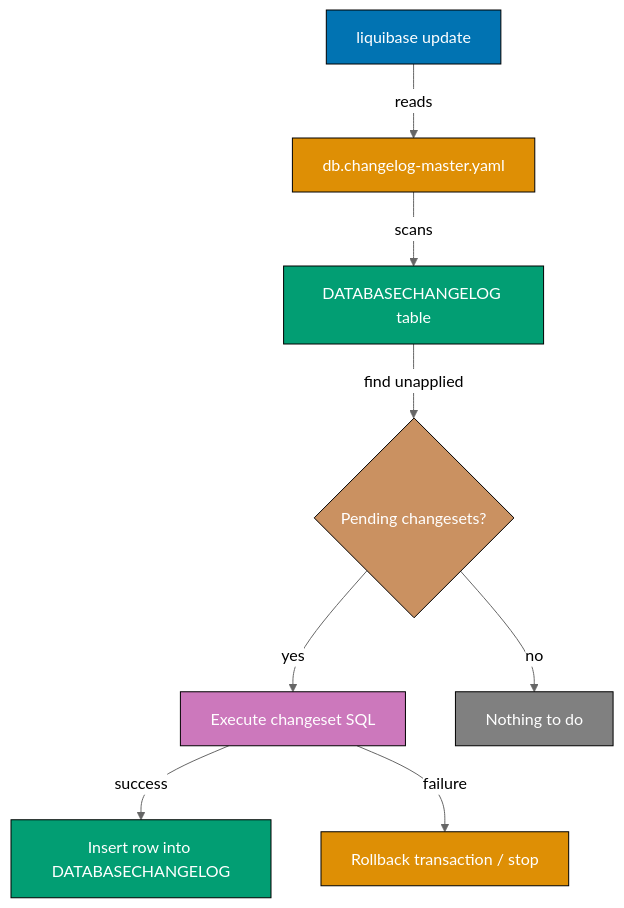
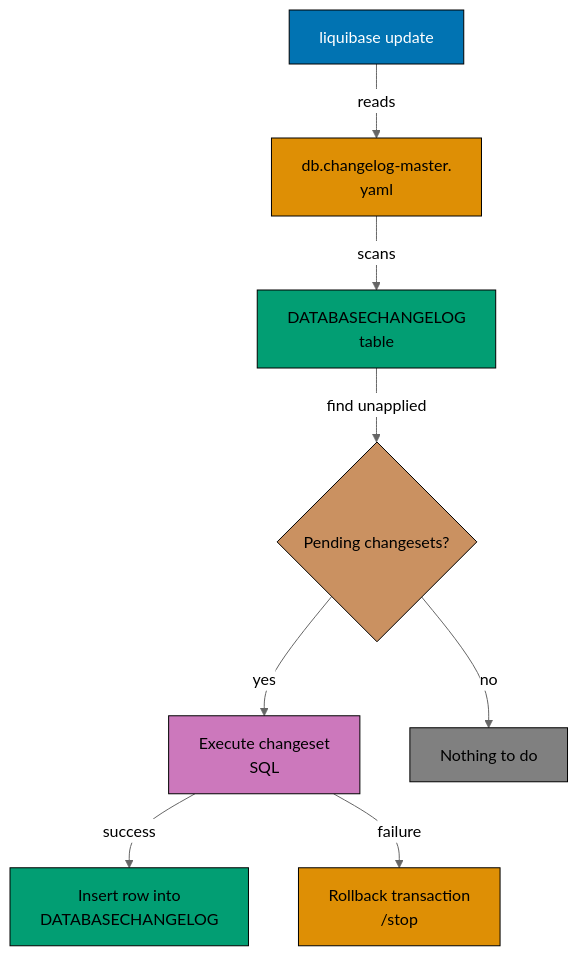
Before and after one commit to wahidyankf/ose-public: the second of 2 diagrams in apps/ayokoding-www/content/en/learn/legacy/software-engineering/data/tools/java-liquibase/by-example/beginner.md, drawn with Mermaid (neutral theme). The commit also changed other lines of this file and 131 other files, not shown here.

First line of the commit message:
fix(mermaid): bring the legacy data, infrastructure, and testing diagrams onto the accessible palette

````diff
--- a/apps/ayokoding-www/content/en/learn/legacy/software-engineering/data/tools/java-liquibase/by-example/beginner.md
+++ b/apps/ayokoding-www/content/en/learn/legacy/software-engineering/data/tools/java-liquibase/by-example/beginner.md
@@ -389,20 +395,29 @@
 ```mermaid
 %% Color Palette: Blue #0173B2, Orange #DE8F05, Teal #029E73, Purple #CC78BC, Brown #CA9161
 graph TD
-    A[liquibase update] -->|reads| B[db.changelog-master.yaml]
-    B -->|scans| C[DATABASECHANGELOG table]
+    accTitle: Example 9: Running Liquibase Update
+    accDescr: Graph with 8 nodes and 7 connections. Nodes: liquibase update, db.changelog-master. yaml, DATABASECHANGELOG table, Pending changesets?, Execute changeset SQL, Nothing to do, Insert row into DATABASECHANGELOG, Rollback transaction /stop. Connections: liquibase update to db.changelog-master. yaml (reads), db.changelog-master. yaml to DATABASECHANGELOG table (scans), DATABASECHANGELOG table to Pending changesets? (find unapplied), Pending changesets? to Execute changeset SQL (yes), Pending changesets? to Nothing to do (no), Execute changeset SQL to Insert row into DATABASECHANGELOG (success), Execute changeset SQL to Rollback transaction /stop (failure).
+    A[liquibase update] -->|reads| B[db.changelog-master.<br/>yaml]
+    B -->|scans| C[DATABASECHANGELOG<br/>table]
     C -->|find unapplied| D{Pending changesets?}
-    D -->|yes| E[Execute changeset SQL]
+    D -->|yes| E[Execute changeset<br/>SQL]
     D -->|no| F[Nothing to do]
-    E -->|success| G[Insert row into DATABASECHANGELOG]
-    E -->|failure| H[Rollback transaction / stop]
+    E -->|success| G[Insert row into<br/>DATABASECHANGELOG]
+    E -->|failure| H[Rollback transaction<br/>/stop]
 
-    style A fill:#0173B2,stroke:#000,color:#fff
-    style B fill:#DE8F05,stroke:#000,color:#fff
-    style C fill:#029E73,stroke:#000,color:#fff
-    style D fill:#CA9161,stroke:#000,color:#fff
-    style E fill:#CC78BC,stroke:#000,color:#fff
-    style F fill:#808080,stroke:#000,color:#fff
-    style G fill:#029E73,stroke:#000,color:#fff
-    style H fill:#DE8F05,stroke:#000,color:#fff
+    classDef pal-0173B2 fill:#0173B2,stroke:#000000,color:#FFFFFF
+    class A pal-0173B2
+    classDef pal-DE8F05 fill:#DE8F05,stroke:#000000,color:#000000
+    class B pal-DE8F05
+    classDef pal-029E73 fill:#029E73,stroke:#000000,color:#000000
+    class C pal-029E73
+    classDef pal-CA9161 fill:#CA9161,stroke:#000000,color:#000000
+    class D pal-CA9161
+    classDef pal-CC78BC fill:#CC78BC,stroke:#000000,color:#000000
+    class E pal-CC78BC
+    classDef pal-808080 fill:#808080,stroke:#000000,color:#000000
+    class F pal-808080
+    class G pal-029E73
+    class H pal-DE8F05
+    classDef default fill:#FFFFFF,stroke:#000000,color:#000000
 ```
````
